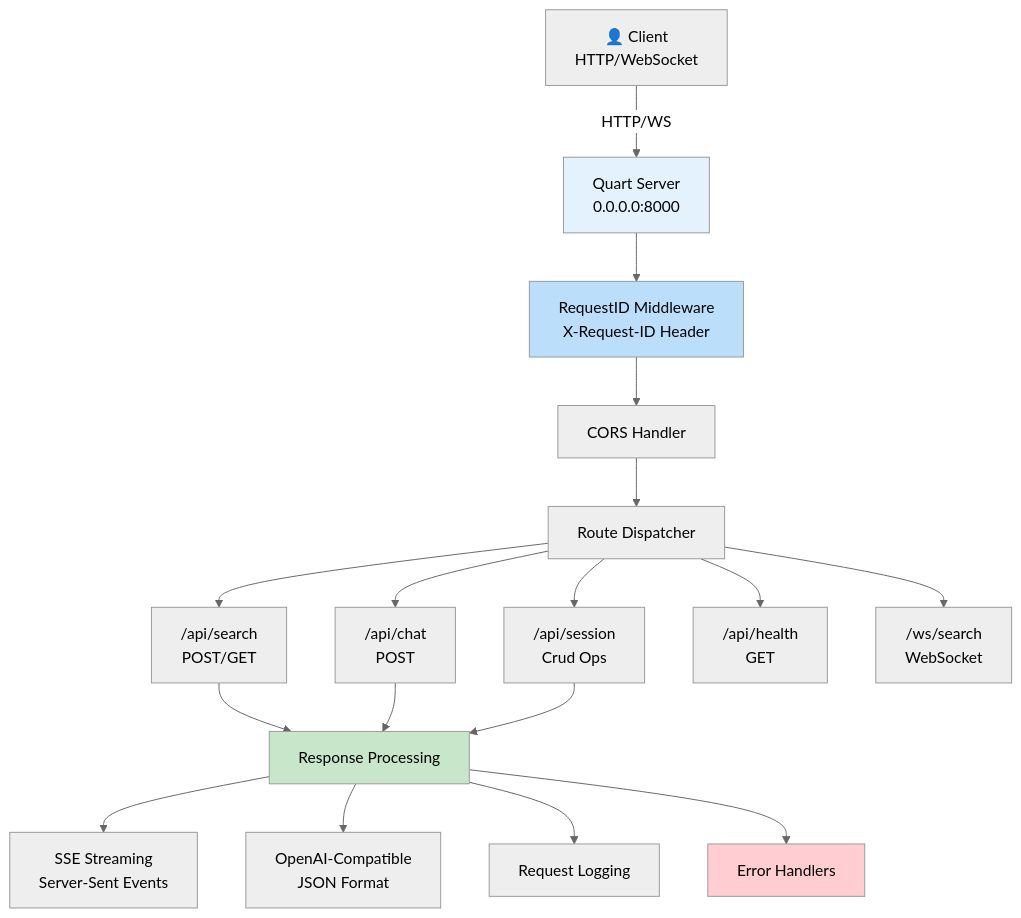
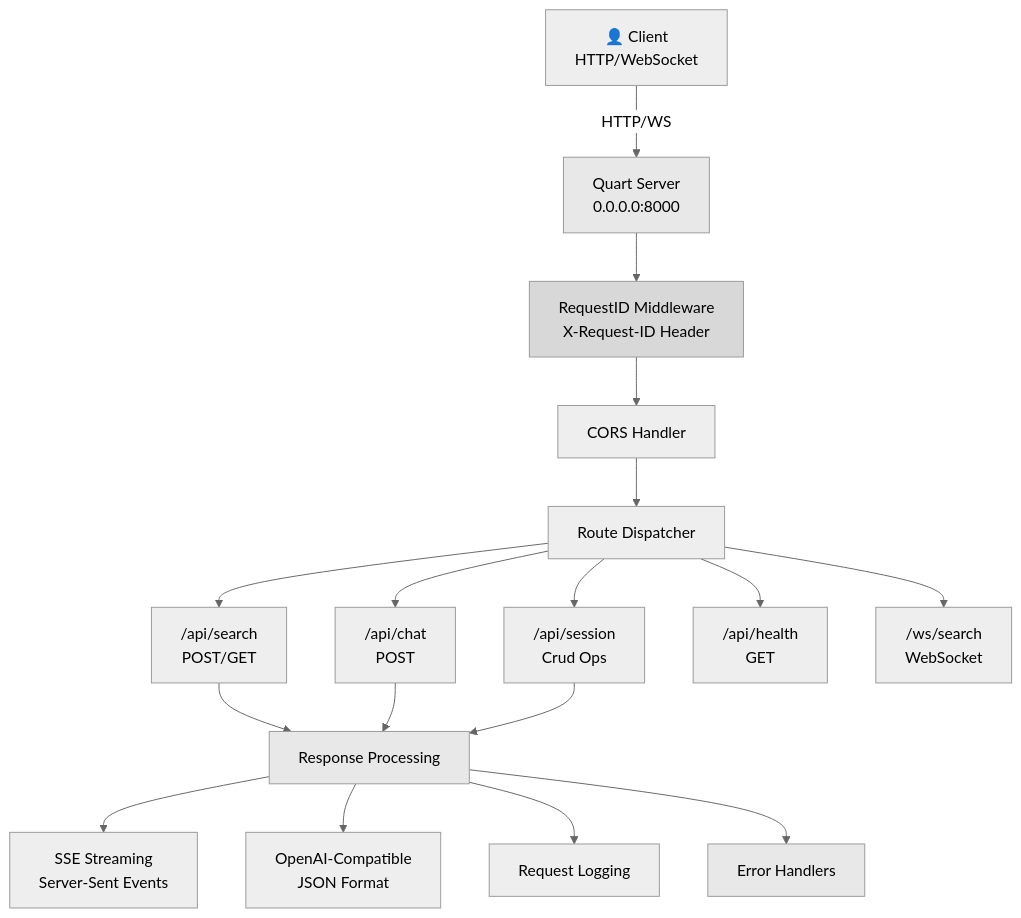
One commit to pollinations/lixSearch changed the second of 17 diagrams in DOCS/FULL_ARCHITECTURE.md. Above: the diagram before and after it, drawn with Mermaid (neutral theme). The commit also changed other lines of this file, not shown here.

Commit message:
refactor: Update diagram styles for improved visual consistency in architecture documentation

````diff
--- a/DOCS/FULL_ARCHITECTURE.md
+++ b/DOCS/FULL_ARCHITECTURE.md
@@ -277,44 +277,44 @@
 ```mermaid
 graph TD
     Client["👤 Client<br/>HTTP/WebSocket"]
     Gateway["Quart Server<br/>0.0.0.0:8000"]
     RequestID["RequestID Middleware<br/>X-Request-ID Header"]
     CORS["CORS Handler"]
     Routes["Route Dispatcher"]
     
     Search["/api/search<br/>POST/GET"]
     Chat["/api/chat<br/>POST"]
     Session["/api/session<br/>Crud Ops"]
     Health["/api/health<br/>GET"]
     WebSocket["/ws/search<br/>WebSocket"]
     
     Processing["Response Processing"]
     SSE["SSE Streaming<br/>Server-Sent Events"]
     JSON["OpenAI-Compatible<br/>JSON Format"]
     Error["Error Handlers"]
     Logging["Request Logging"]
     
     Client -->|HTTP/WS| Gateway
     Gateway --> RequestID
     RequestID --> CORS
     CORS --> Routes
     Routes --> Search
     Routes --> Chat
     Routes --> Session
     Routes --> Health
     Routes --> WebSocket
     
     Search --> Processing
     Chat --> Processing
     Session --> Processing
     
     Processing --> SSE
     Processing --> JSON
     Processing --> Logging
     Processing --> Error
     
-    style Gateway fill:#E3F2FD
-    style RequestID fill:#BBDEFB
-    style Processing fill:#C8E6C9
-    style Error fill:#FFCDD2
+    style Gateway fill:#E8E8E8
+    style RequestID fill:#D8D8D8
+    style Processing fill:#E8E8E8
+    style Error fill:#E8E8E8
 ```
````
